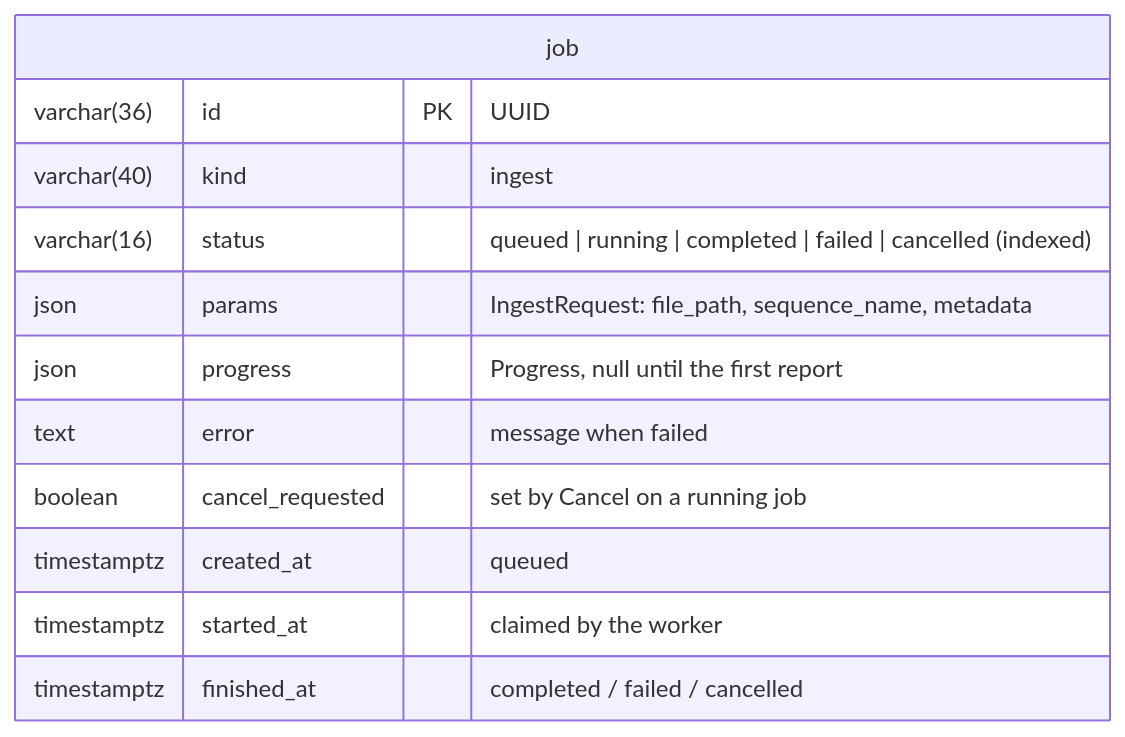
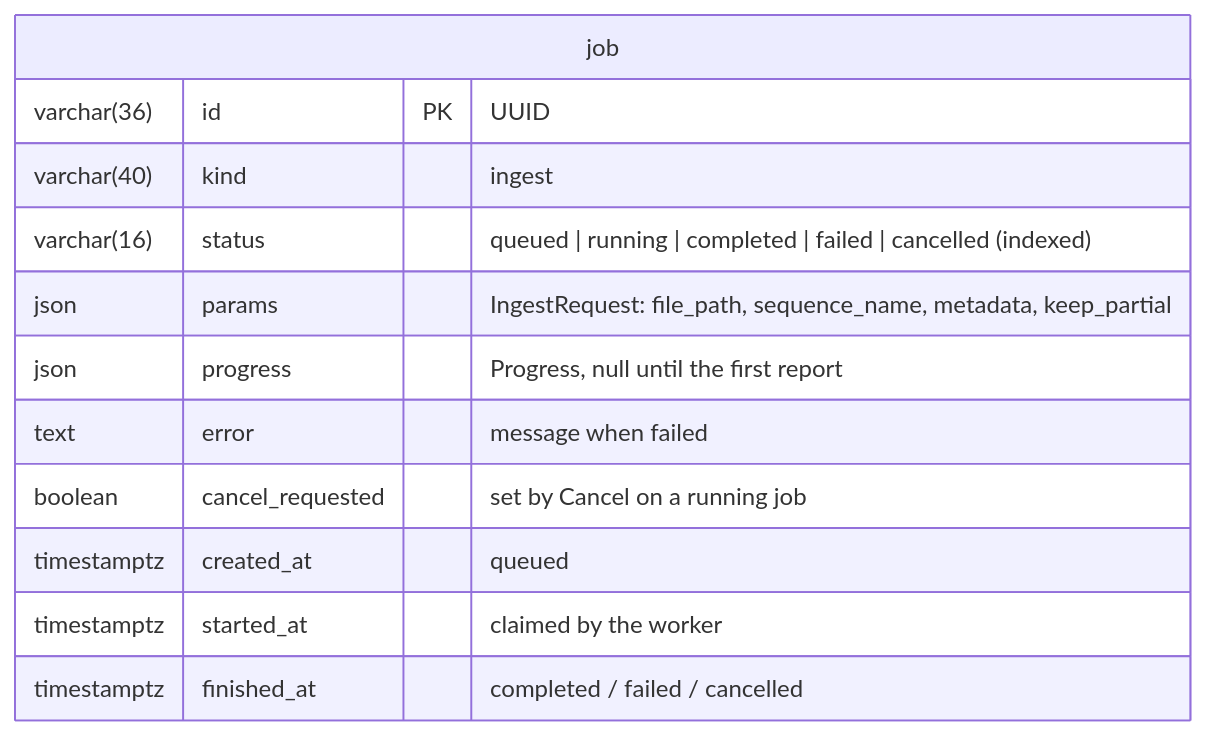
The third of 9 diagrams in mosaico-dashboard/docs/architecture.md (abhisheknannuri/mosaico), drawn with Mermaid before and after one commit. The commit also changed other lines of this file and 21 other files, not shown here.

````diff
--- a/mosaico-dashboard/docs/architecture.md
+++ b/mosaico-dashboard/docs/architecture.md
@@ -91,15 +91,15 @@
 ```mermaid
 erDiagram
     job {
         varchar(36) id PK "UUID"
         varchar(40) kind "ingest"
         varchar(16) status "queued | running | completed | failed | cancelled (indexed)"
-        json params "IngestRequest: file_path, sequence_name, metadata"
+        json params "IngestRequest: file_path, sequence_name, metadata, keep_partial"
         json progress "Progress, null until the first report"
         text error "message when failed"
         boolean cancel_requested "set by Cancel on a running job"
         timestamptz created_at "queued"
         timestamptz started_at "claimed by the worker"
         timestamptz finished_at "completed / failed / cancelled"
     }
 ```
````
